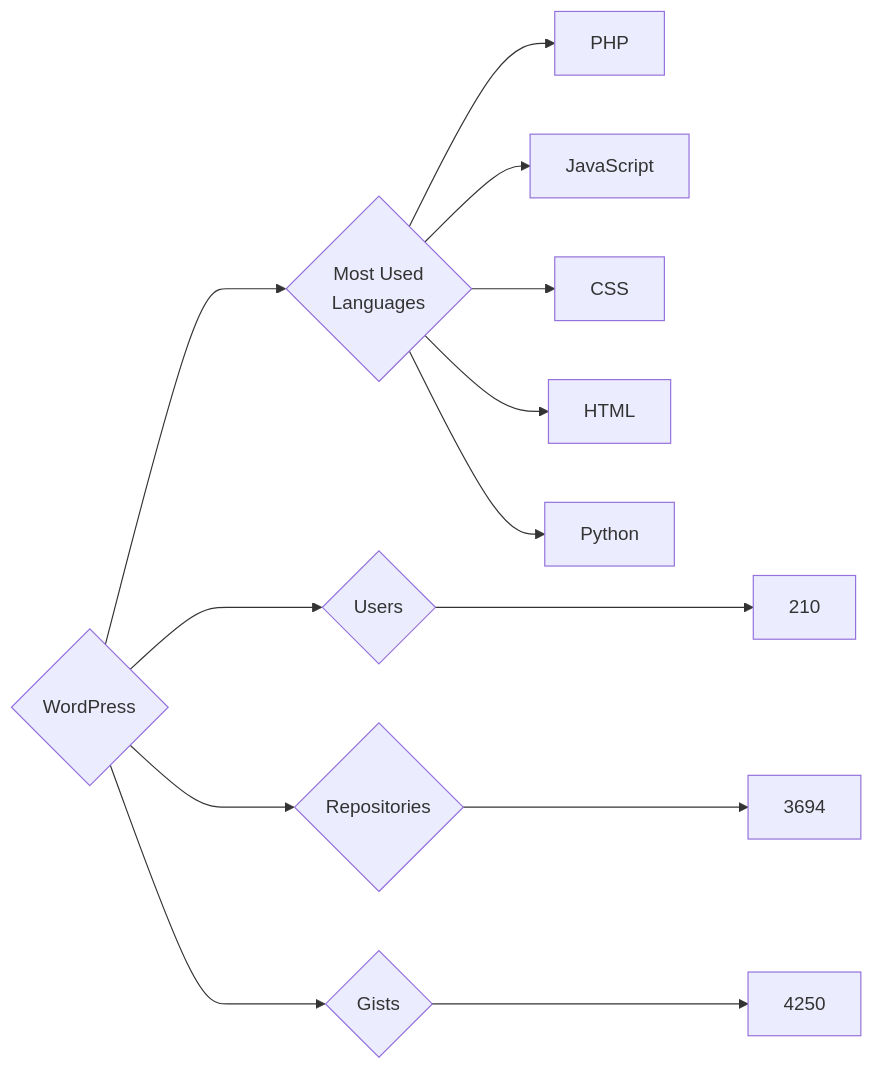
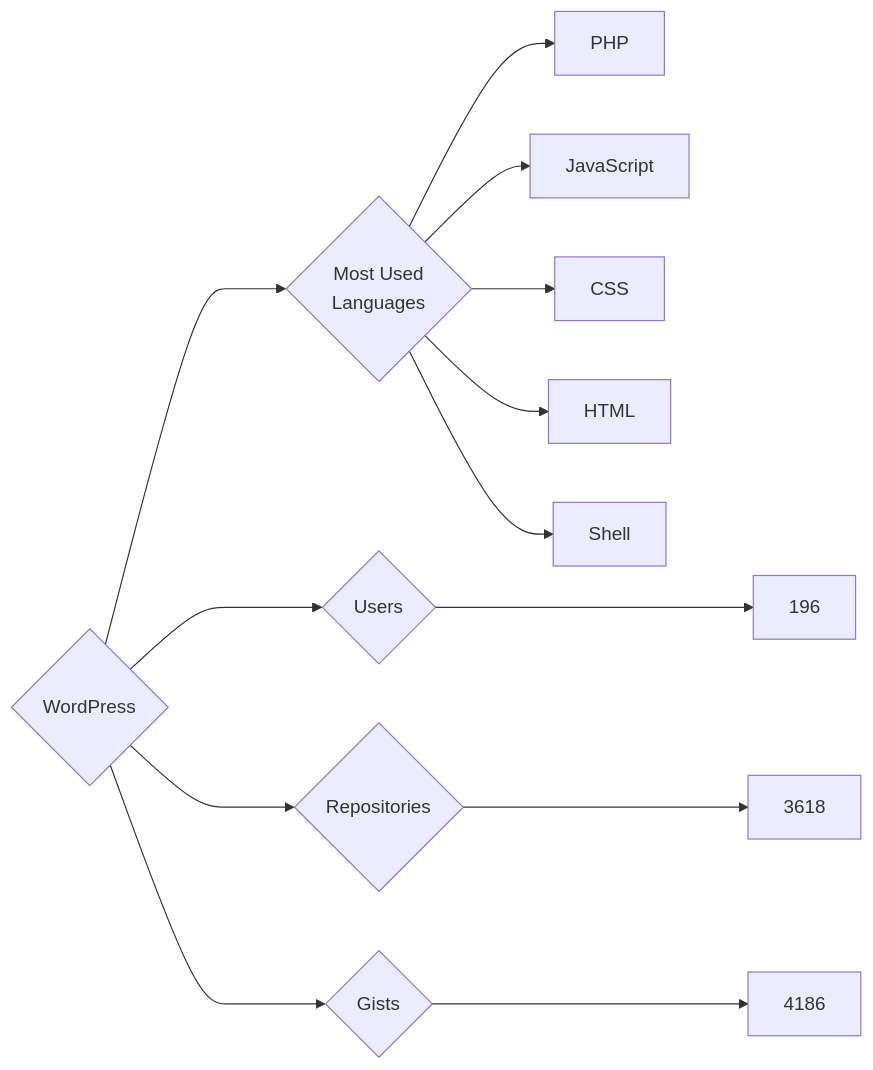
Before and after one commit to trickest/insiders: the diagram in targets/WordPress/README.md, drawn with Mermaid. The commit also changed 928 other files, not shown here.

````diff
--- a/targets/WordPress/README.md
+++ b/targets/WordPress/README.md
@@ -3,13 +3,13 @@
 ```mermaid
 graph LR
 COMPANY_NAME{WordPress}
-COMPANY_NAME ---> U{Users} ---> UN[210]
-COMPANY_NAME ---> R{Repositories} ---> RN[3694]
-COMPANY_NAME ---> G{Gists} ---> GN[4250]
+COMPANY_NAME ---> U{Users} ---> UN[196]
+COMPANY_NAME ---> R{Repositories} ---> RN[3618]
+COMPANY_NAME ---> G{Gists} ---> GN[4186]
 COMPANY_NAME ---> ML{Most Used<br>Languages}
 ML --> PHP[PHP]
 ML --> JavaScript[JavaScript]
 ML --> CSS[CSS]
 ML --> HTML[HTML]
-ML --> Python[Python]
+ML --> Shell[Shell]
 ```
````
